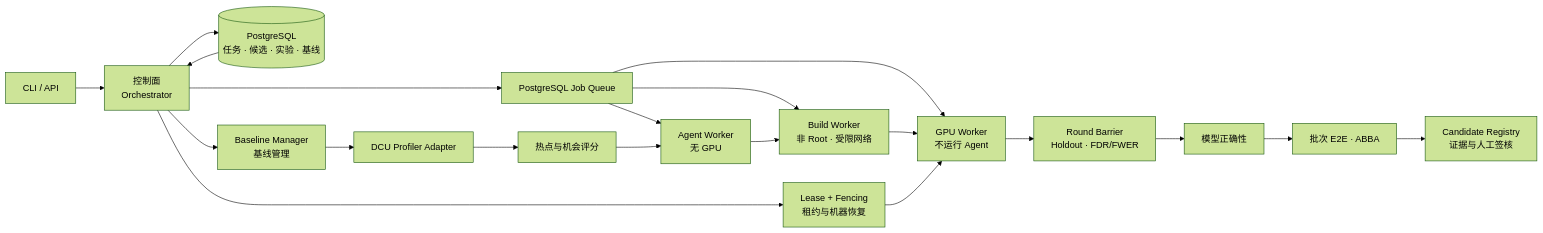
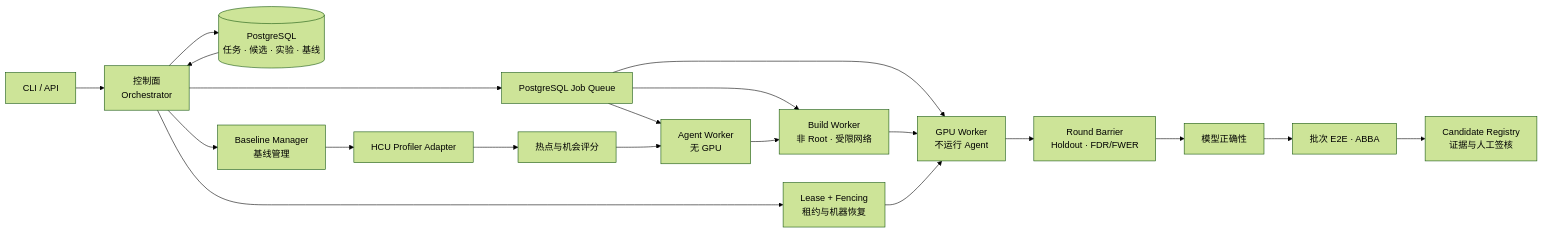
The diagram in README.md (tianlinyang77/hcu-auto-opt), drawn with Mermaid (forest theme) before and after one commit. The commit also changed other lines of this file and 95 other files, not shown here.

Commit message:
refactor(platform): migrate DCU naming to HCU

````diff
--- a/README.md
+++ b/README.md
@@ -40,25 +40,25 @@
 ```mermaid
 flowchart LR
     CLI["CLI / API"] --> CTRL["控制面\nOrchestrator"]
     CTRL --> DB[("PostgreSQL\n任务 · 候选 · 实验 · 基线")]
     CTRL --> BM["Baseline Manager\n基线管理"]
     CTRL --> LM["Lease + Fencing\n租约与机器恢复"]
     CTRL --> Q["PostgreSQL Job Queue"]
 
     Q --> AW["Agent Worker\n无 GPU"]
     Q --> BW["Build Worker\n非 Root · 受限网络"]
     Q --> GW["GPU Worker\n不运行 Agent"]
 
-    PROF["DCU Profiler Adapter"] --> HOT["热点与机会评分"]
+    PROF["HCU Profiler Adapter"] --> HOT["热点与机会评分"]
     HOT --> AW
     AW --> BW
     BW --> GW
     GW --> ROUND["Round Barrier\nHoldout · FDR/FWER"]
     ROUND --> MODEL["模型正确性"]
     MODEL --> E2E["批次 E2E · ABBA"]
     E2E --> REG["Candidate Registry\n证据与人工签核"]
 
     LM --> GW
     BM --> PROF
     DB --> CTRL
 ```
````
